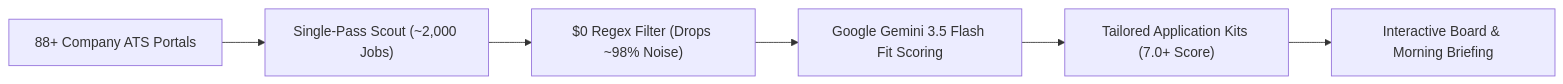
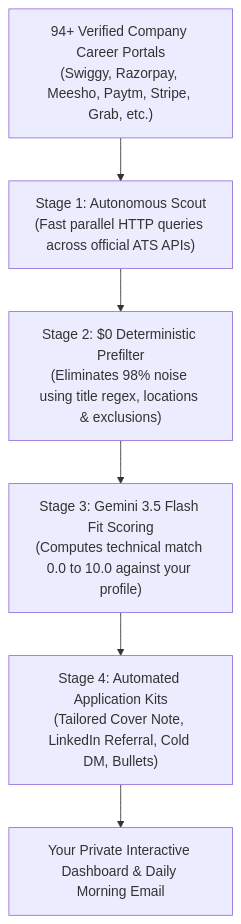
The second of 3 diagrams in docs/GUIDE.md (tanish-jain-225/job-hunter), drawn with Mermaid before and after one commit. The commit also changed other lines of this file and 29 other files, not shown here.

````diff
--- a/docs/GUIDE.md
+++ b/docs/GUIDE.md
@@ -50,8 +87,8 @@
 ```mermaid
-flowchart LR
-    A["88+ Company ATS Portals"] --> B["Single-Pass Scout (~2,000 Jobs)"]
-    B --> C["$0 Regex Filter (Drops ~98% Noise)"]
-    C --> D["Google Gemini 3.5 Flash Fit Scoring"]
-    D --> E["Tailored Application Kits (7.0+ Score)"]
-    E --> F["Interactive Board & Morning Briefing"]
+flowchart TD
+    A["94+ Verified Company Career Portals\n(Swiggy, Razorpay, Meesho, Paytm, Stripe, Grab, etc.)"] --> B["Stage 1: Autonomous Scout\n(Fast parallel HTTP queries across official ATS APIs)"]
+    B --> C["Stage 2: $0 Deterministic Prefilter\n(Eliminates 98% noise using title regex, locations & exclusions)"]
+    C --> D["Stage 3: Gemini 3.5 Flash Fit Scoring\n(Computes technical match 0.0 to 10.0 against your profile)"]
+    D --> E["Stage 4: Automated Application Kits\n(Tailored Cover Note, LinkedIn Referral, Cold DM, Bullets)"]
+    E --> F["Your Private Interactive Dashboard & Daily Morning Email"]
 ```
````
